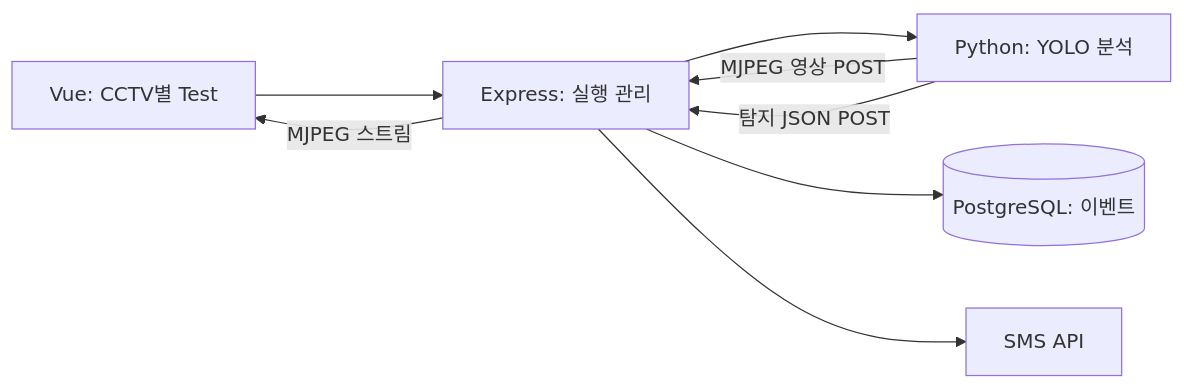
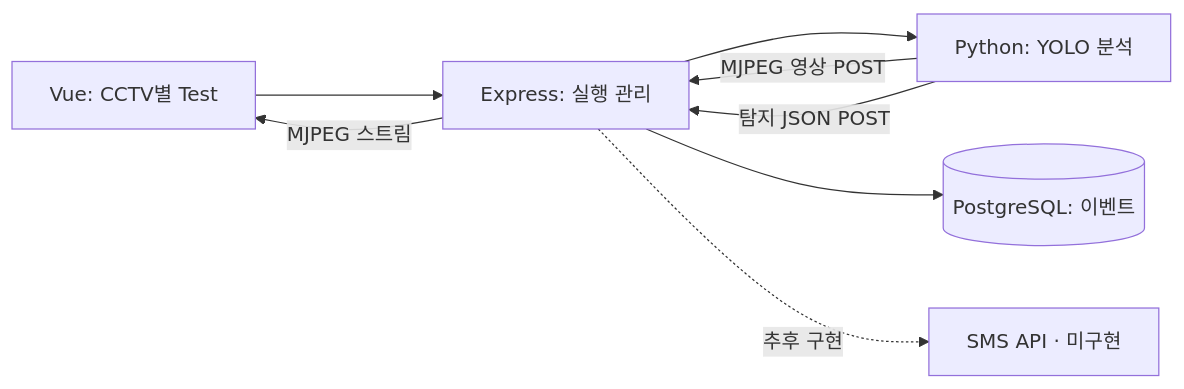
The diagram in docs/System_architecture.md (KNU-FireGuard/wildfire-detection-geolocation), drawn with Mermaid before and after one commit. The commit also changed other lines of this file and 7 other files, not shown here.

````diff
--- a/docs/System_architecture.md
+++ b/docs/System_architecture.md
@@ -7,10 +7,10 @@
 ```mermaid
 flowchart LR
     F[Vue: CCTV별 Test] --> B[Express: 실행 관리]
     B --> A[Python: YOLO 분석]
     A -->|MJPEG 영상 POST| B
     A -->|탐지 JSON POST| B
     B -->|MJPEG 스트림| F
     B --> DB[(PostgreSQL: 이벤트)]
-    B --> S[SMS API]
+    B -. 추후 구현 .-> S[SMS API · 미구현]
 ```
````
